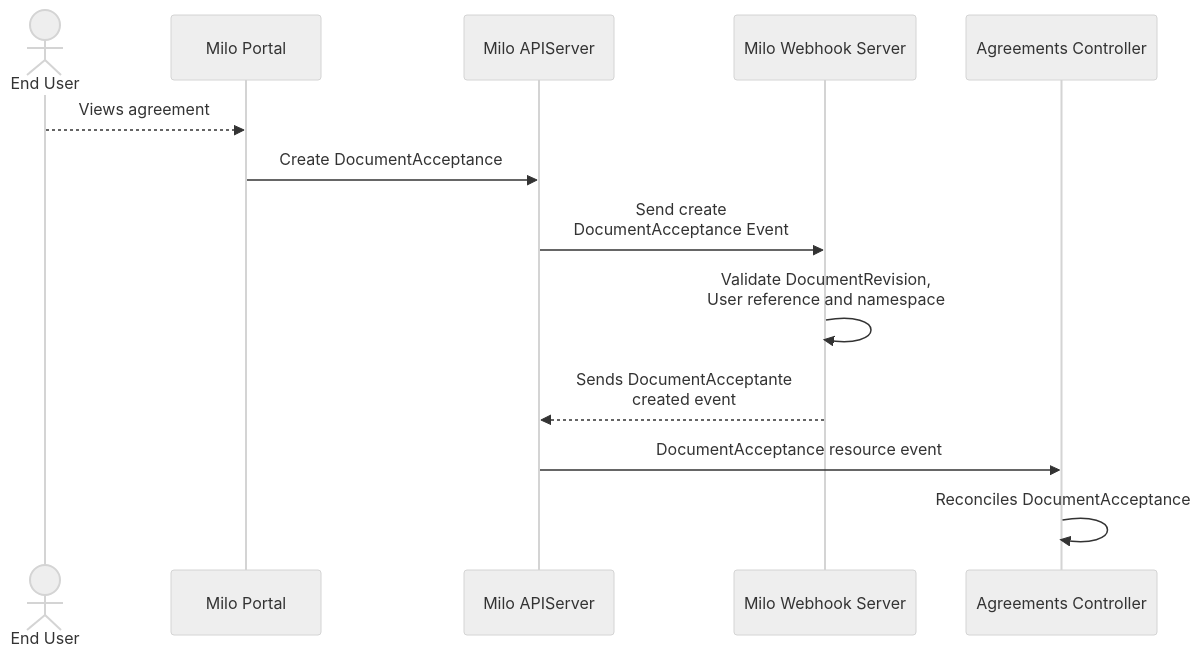
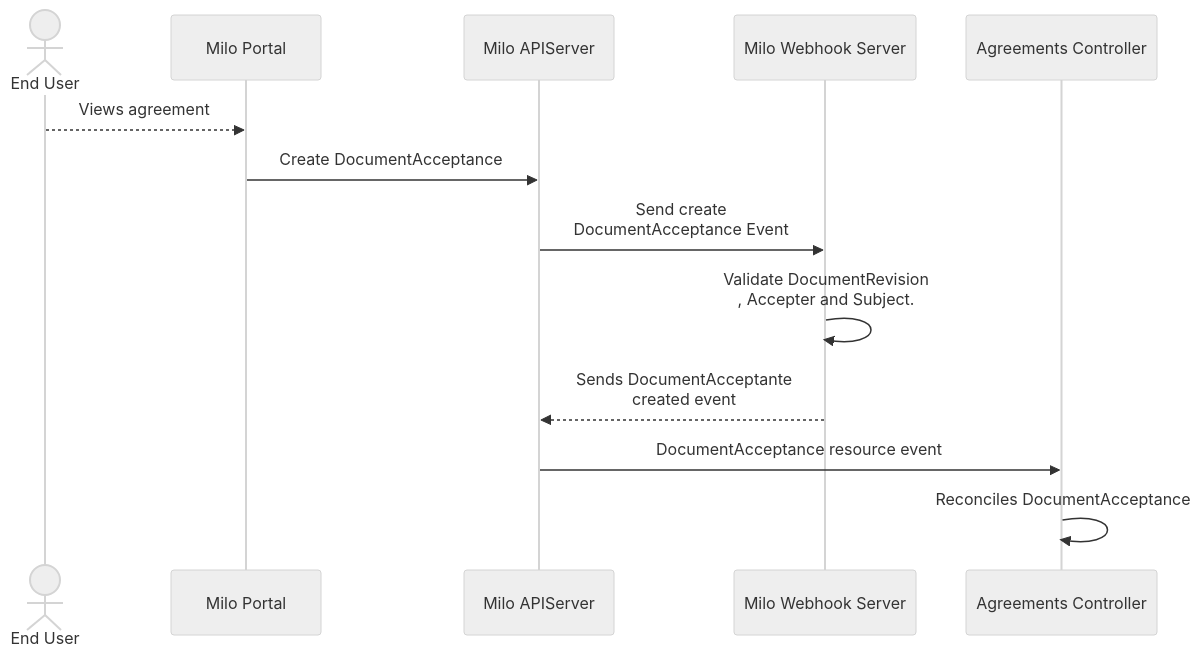
Before and after one commit to datum-cloud/enhancements: the third of 3 diagrams in enhancements/platform/agreement/README.md, drawn with Mermaid (neutral theme). The commit also changed other lines of this file, not shown here.

Commit message:
Enhance README for Agreements System: add expectedSubjectKinds and expectedAccepterKinds fields, clarify their validation purpose in DocumentAcceptance resources, and update sequence diagrams for improved accuracy.

````diff
--- a/enhancements/platform/agreement/README.md
+++ b/enhancements/platform/agreement/README.md
@@ -190,16 +190,16 @@
 ```mermaid
 sequenceDiagram
     actor user as End User
     participant portal as Milo Portal
     participant apiserver as Milo APIServer
     participant webhook as Milo Webhook Server
     participant controller as Agreements Controller
 
     user -->> portal: Views agreement
     portal ->> apiserver: Create DocumentAcceptance
     apiserver ->> webhook: Send create <br/> DocumentAcceptance Event
-    webhook ->> webhook: Validate DocumentRevision, <br/> User reference and namespace
+    webhook ->> webhook: Validate DocumentRevision<br/>, Accepter and Subject. 
     webhook -->> apiserver: Sends DocumentAcceptante <br/> created event
     apiserver ->> controller: DocumentAcceptance resource event
     controller ->> controller: Reconciles DocumentAcceptance
 ```
````
